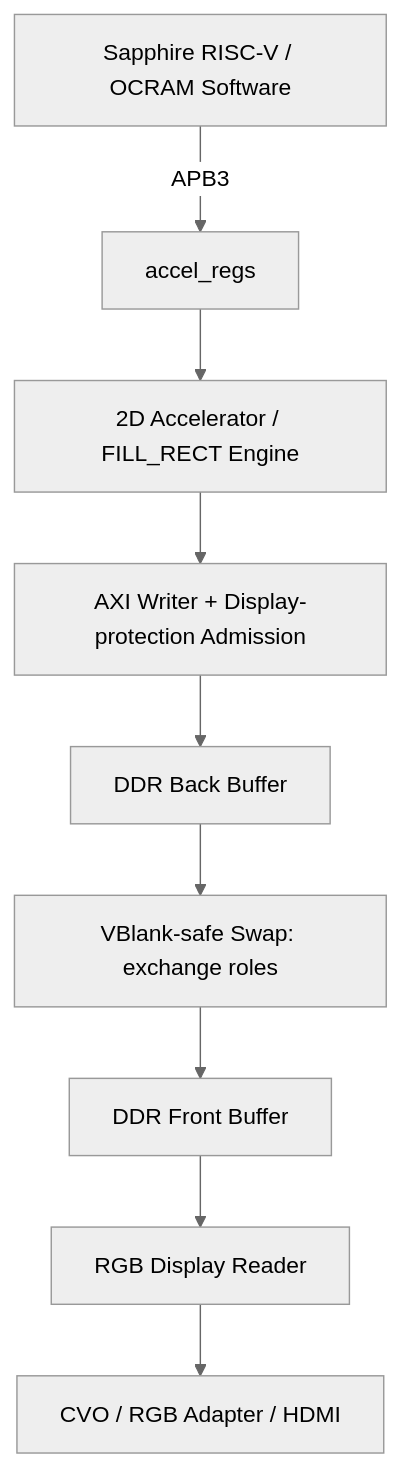
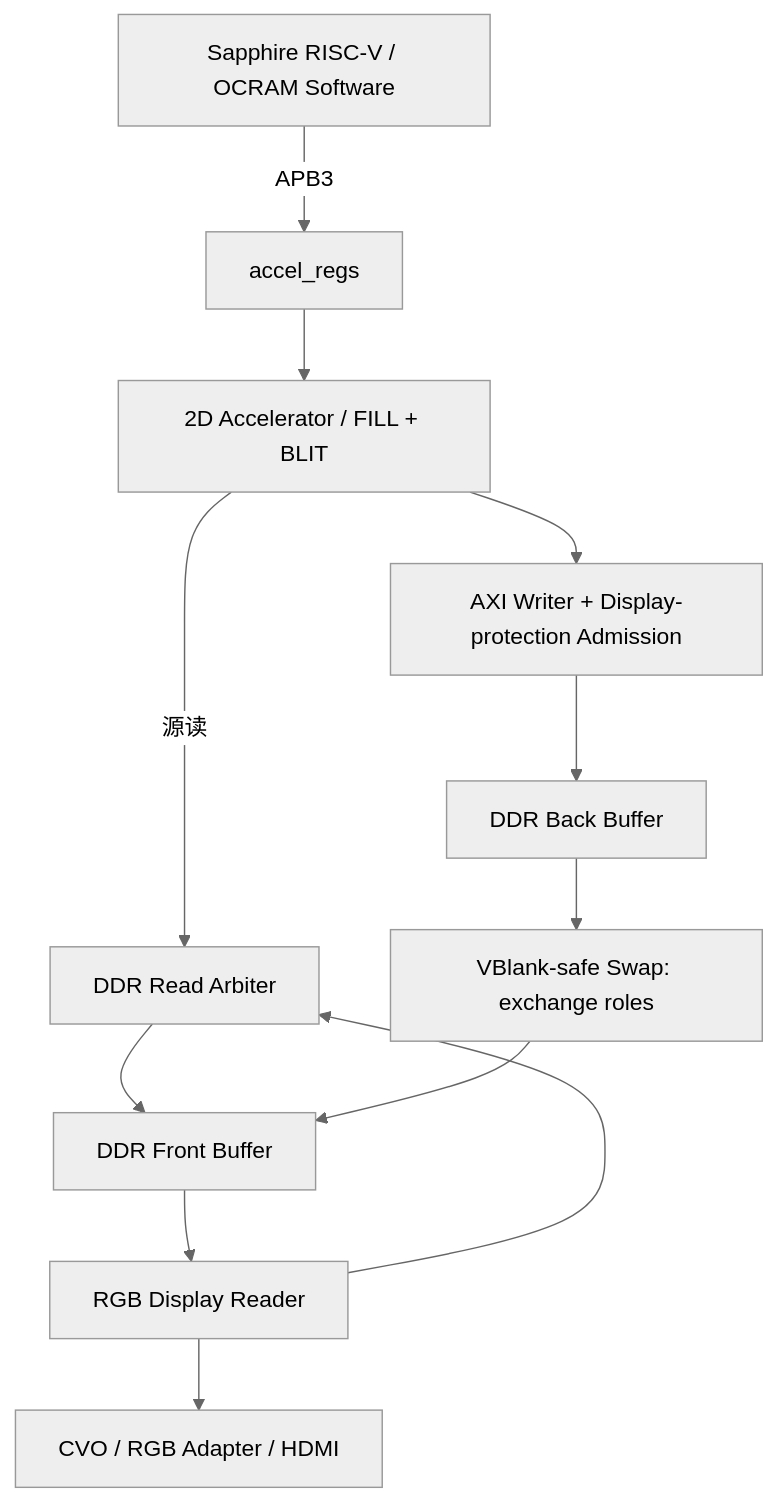
Before and after one commit to XuHaoweiHarvey/2026FPGA: the diagram in README.md, drawn with Mermaid (neutral theme). The commit also changed other lines of this file and 28 other files, not shown here.

Commit message:
feat(graphics): 接通 BLIT 系统链路与共享 DDR 读通道

````diff
--- a/README.md
+++ b/README.md
@@ -23,11 +23,14 @@
 ```mermaid
 flowchart TD
     CPU["Sapphire RISC-V / OCRAM Software"] -->|APB3| REG[accel_regs]
-    REG --> ACC["2D Accelerator / FILL_RECT Engine"]
+    REG --> ACC["2D Accelerator / FILL + BLIT"]
+    ACC -->|源读| ARB[DDR Read Arbiter]
+    READER --> ARB
+    ARB --> FRONT
     ACC --> ADMIT["AXI Writer + Display-protection Admission"]
     ADMIT --> BACK[DDR Back Buffer]
     BACK --> SWAP["VBlank-safe Swap: exchange roles"]
     SWAP --> FRONT[DDR Front Buffer]
     FRONT --> READER[RGB Display Reader]
     READER --> HDMI["CVO / RGB Adapter / HDMI"]
 ```
````
